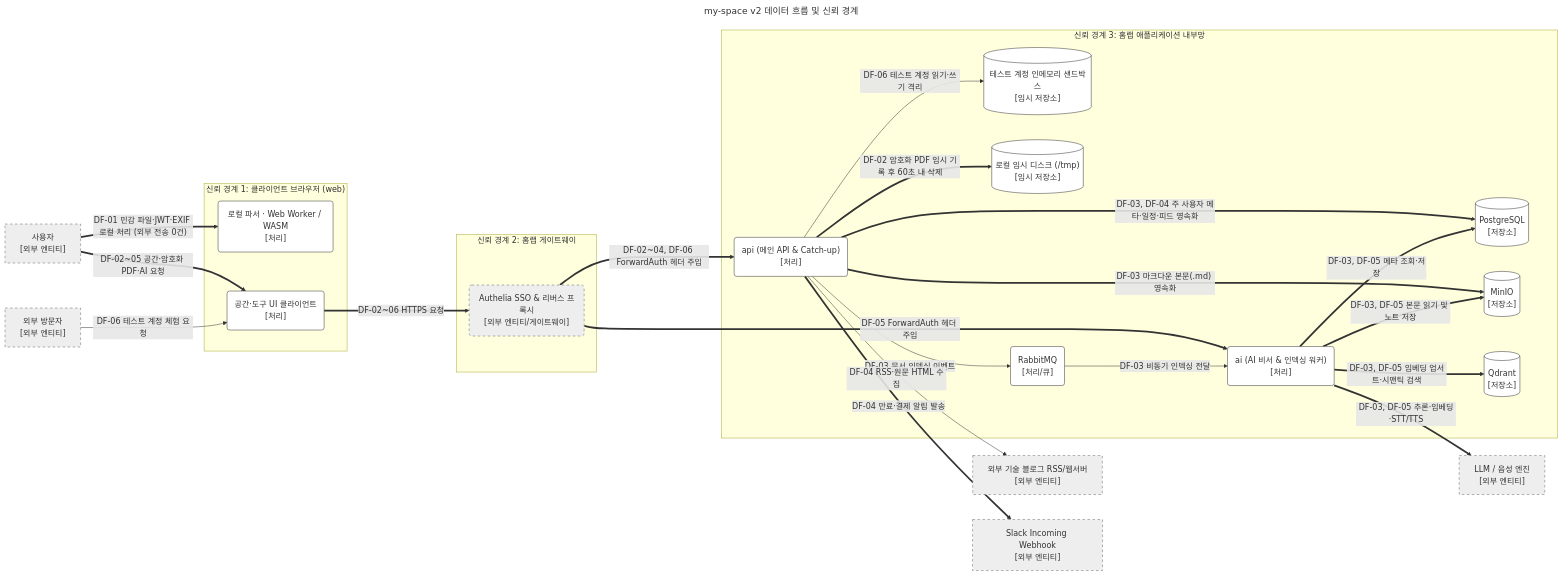
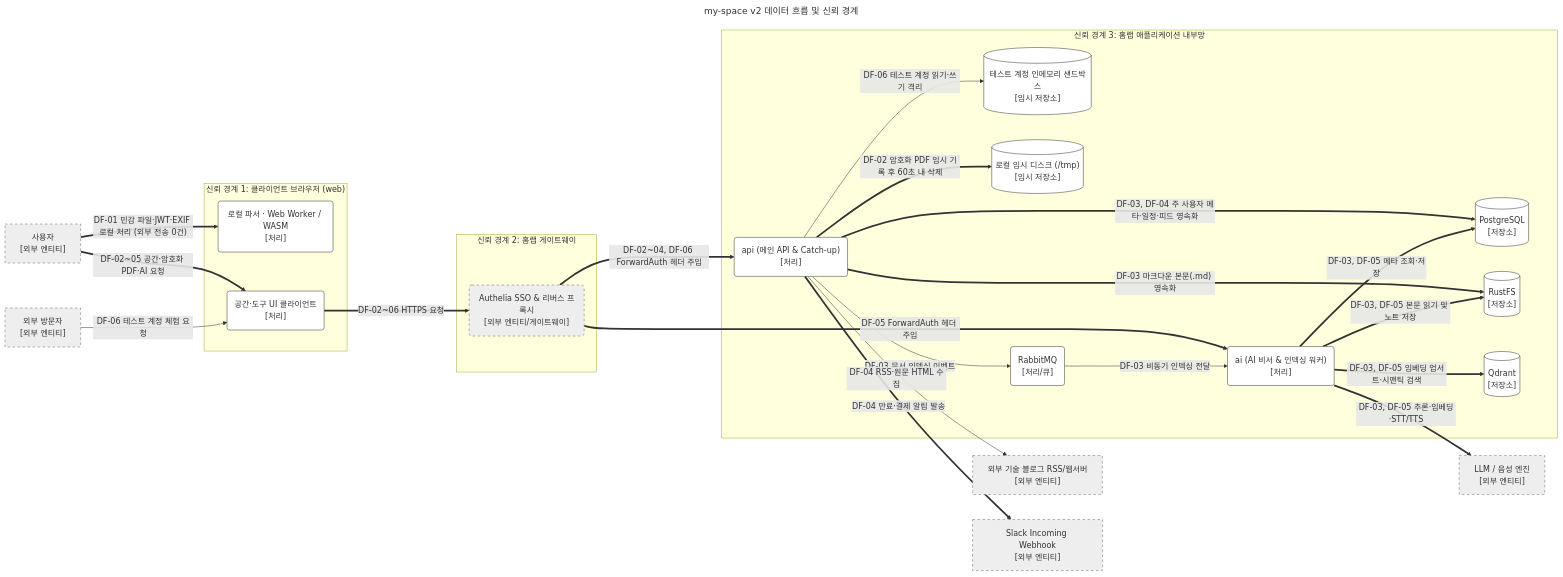
Before and after one commit to lkh-space/my-space-docs: the diagram in architecture/arc-005-data-flow.md, drawn with Mermaid. The commit also changed other lines of this file and 10 other files, not shown here.

Commit message:
docs: replace MinIO with RustFS across architecture specs and add ADR-0006

````diff
--- a/architecture/arc-005-data-flow.md
+++ b/architecture/arc-005-data-flow.md
@@ -51,61 +51,61 @@
 ```mermaid
 ---
 title: "my-space v2 데이터 흐름 및 신뢰 경계"
 ---
 flowchart LR
   owner["사용자<br/>[외부 엔티티]"]
   visitor["외부 방문자<br/>[외부 엔티티]"]
 
   subgraph tb_client["신뢰 경계 1: 클라이언트 브라우저 (web)"]
     local_worker("로컬 파서 · Web Worker / WASM<br/>[처리]")
     web_ui("공간·도구 UI 클라이언트<br/>[처리]")
   end
 
   subgraph tb_edge["신뢰 경계 2: 홈랩 게이트웨이"]
     auth("Authelia SSO & 리버스 프록시<br/>[외부 엔티티/게이트웨이]")
   end
 
   subgraph tb_app["신뢰 경계 3: 홈랩 애플리케이션 내부망"]
     api("api (메인 API & Catch-up)<br/>[처리]")
     sandbox[("테스트 계정 인메모리 샌드박스<br/>[임시 저장소]")]
     tmp_fs[("로컬 임시 디스크 (/tmp)<br/>[임시 저장소]")]
     rmq("RabbitMQ<br/>[처리/큐]")
     ai("ai (AI 비서 & 인덱싱 워커)<br/>[처리]")
     db[("PostgreSQL<br/>[저장소]")]
-    minio[("MinIO<br/>[저장소]")]
+    rustfs[("RustFS<br/>[저장소]")]
     qdrant[("Qdrant<br/>[저장소]")]
   end
 
   ext_rss["외부 기술 블로그 RSS/웹서버<br/>[외부 엔티티]"]
   ext_slack["Slack Incoming Webhook<br/>[외부 엔티티]"]
   ext_llm["LLM / 음성 엔진<br/>[외부 엔티티]"]
 
   owner ==>|"DF-01 민감 파일·JWT·EXIF 로컬 처리 (외부 전송 0건)"| local_worker
   owner ==>|"DF-02~05 공간·암호화 PDF·AI 요청"| web_ui
   visitor -->|"DF-06 테스트 계정 체험 요청"| web_ui
 
   web_ui ==>|"DF-02~06 HTTPS 요청"| auth
   auth ==>|"DF-02~04, DF-06 ForwardAuth 헤더 주입"| api
   auth ==>|"DF-05 ForwardAuth 헤더 주입"| ai
 
   api ==>|"DF-02 암호화 PDF 임시 기록 후 60초 내 삭제"| tmp_fs
   api ==>|"DF-03, DF-04 주 사용자 메타·일정·피드 영속화"| db
-  api ==>|"DF-03 마크다운 본문(.md) 영속화"| minio
+  api ==>|"DF-03 마크다운 본문(.md) 영속화"| rustfs
   api -->|"DF-03 문서 인덱싱 이벤트"| rmq
   api -->|"DF-06 테스트 계정 읽기·쓰기 격리"| sandbox
   api -->|"DF-04 RSS·원문 HTML 수집"| ext_rss
   api ==>|"DF-04 만료·결제 알림 발송"| ext_slack
 
   rmq -->|"DF-03 비동기 인덱싱 전달"| ai
-  ai ==>|"DF-03, DF-05 본문 읽기 및 노트 저장"| minio
+  ai ==>|"DF-03, DF-05 본문 읽기 및 노트 저장"| rustfs
   ai ==>|"DF-03, DF-05 메타 조회·저장"| db
   ai ==>|"DF-03, DF-05 임베딩 업서트·시맨틱 검색"| qdrant
   ai ==>|"DF-03, DF-05 추론·임베딩·STT/TTS"| ext_llm
 
   classDef entity fill:#eeeeee,stroke:#666666,stroke-dasharray:5 5
   classDef process fill:#ffffff,stroke:#333333
   classDef store fill:#ffffff,stroke:#333333
   class owner,visitor,auth,ext_rss,ext_slack,ext_llm entity
   class local_worker,web_ui,api,rmq,ai process
-  class sandbox,tmp_fs,db,minio,qdrant store
+  class sandbox,tmp_fs,db,rustfs,qdrant store
 ```
````
